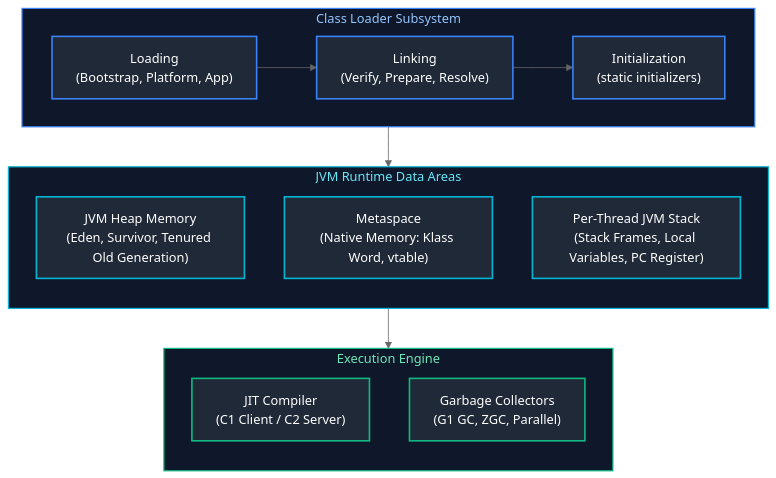
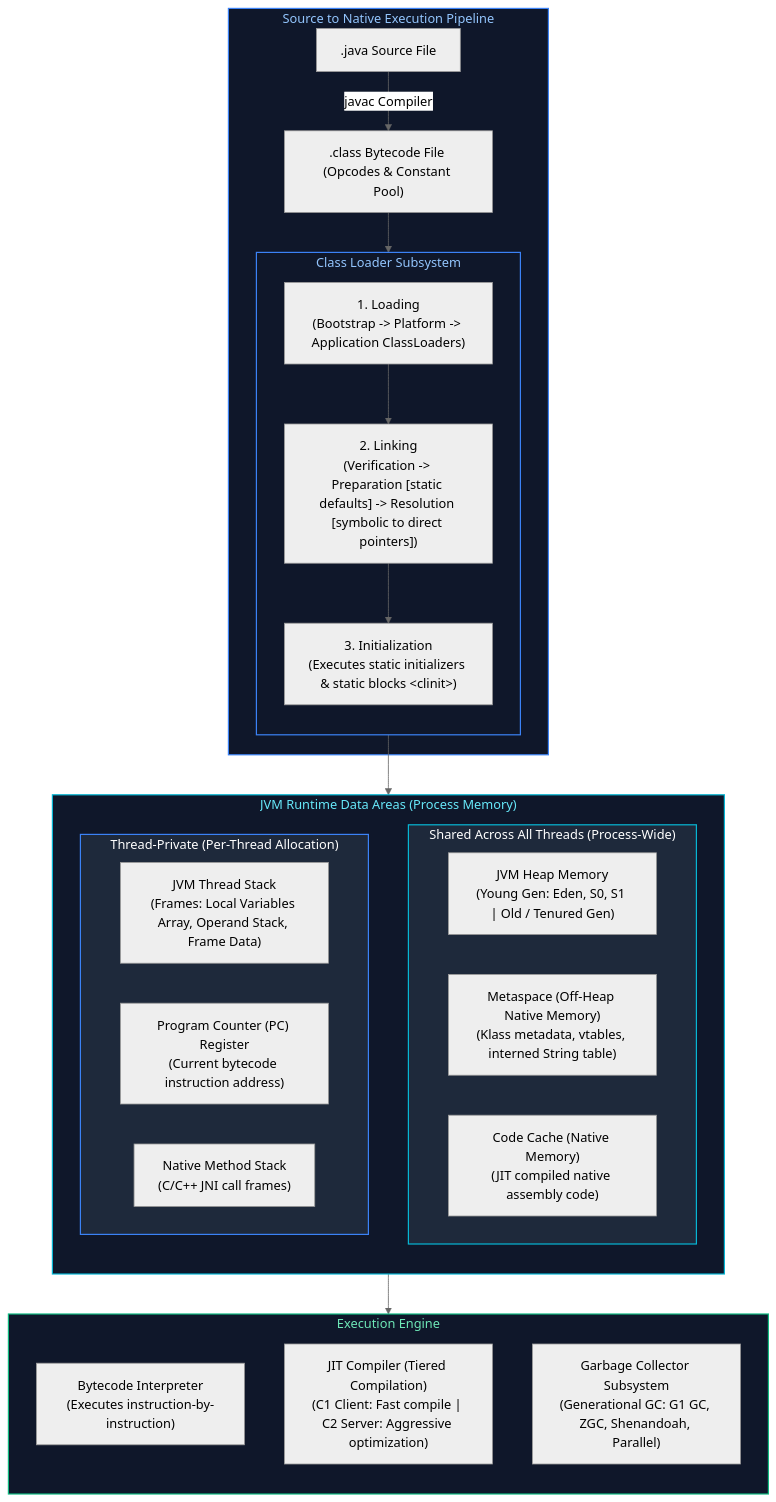
The first of 11 diagrams in Java Backend Engineering/05_jvm_memory_io_reflection_runtime.md (joydeep-biswas/Interview-Preparation), drawn with Mermaid (neutral theme) before and after one commit. The commit also changed other lines of this file and 143 other files, not shown here.

````diff
--- a/Java Backend Engineering/05_jvm_memory_io_reflection_runtime.md
+++ b/Java Backend Engineering/05_jvm_memory_io_reflection_runtime.md
@@ -9,35 +9,46 @@
 ```mermaid
 flowchart TD
-    subgraph ClassLoader ["Class Loader Subsystem"]
-        direction LR
-        Load["Loading<br/>(Bootstrap, Platform, App)"] --> Link["Linking<br/>(Verify, Prepare, Resolve)"] --> Init["Initialization<br/>(static initializers)"]
+    subgraph SourceToNative ["Source to Native Execution Pipeline"]
+        Source[".java Source File"] -->|javac Compiler| Bytecode[".class Bytecode File (Opcodes & Constant Pool)"]
+        Bytecode --> ClassLoaderSubsystem
     end
 
-    subgraph RuntimeDataAreas ["JVM Runtime Data Areas"]
-        direction TD
-        Heap["JVM Heap Memory<br/>(Eden, Survivor, Tenured Old Generation)"]
-        Metaspace["Metaspace<br/>(Native Memory: Klass Word, vtable)"]
-        Stack["Per-Thread JVM Stack<br/>(Stack Frames, Local Variables, PC Register)"]
+    subgraph ClassLoaderSubsystem ["Class Loader Subsystem"]
+        direction TB
+        Loading["1. Loading<br/>(Bootstrap -> Platform -> Application ClassLoaders)"]
+        --> Linking["2. Linking<br/>(Verification -> Preparation [static defaults] -> Resolution [symbolic to direct pointers])"]
+        --> Initialization["3. Initialization<br/>(Executes static initializers & static blocks &lt;clinit&gt;)"]
+    end
+
+    subgraph RuntimeDataAreas ["JVM Runtime Data Areas (Process Memory)"]
+        direction TB
+        subgraph SharedMemory ["Shared Across All Threads (Process-Wide)"]
+            Heap["JVM Heap Memory<br/>(Young Gen: Eden, S0, S1 | Old / Tenured Gen)"]
+            Metaspace["Metaspace (Off-Heap Native Memory)<br/>(Klass metadata, vtables, interned String table)"]
+            CodeCache["Code Cache (Native Memory)<br/>(JIT compiled native assembly code)"]
+        end
+
+        subgraph ThreadPrivate ["Thread-Private (Per-Thread Allocation)"]
+            Stack["JVM Thread Stack<br/>(Frames: Local Variables Array, Operand Stack, Frame Data)"]
+            PC["Program Counter (PC) Register<br/>(Current bytecode instruction address)"]
+            NativeStack["Native Method Stack<br/>(C/C++ JNI call frames)"]
+        end
     end
 
     subgraph ExecutionEngine ["Execution Engine"]
-        direction TD
-        JIT["JIT Compiler<br/>(C1 Client / C2 Server)"]
-        GC["Garbage Collectors<br/>(G1 GC, ZGC, Parallel)"]
+        direction TB
+        Interpreter["Bytecode Interpreter<br/>(Executes instruction-by-instruction)"]
+        JIT["JIT Compiler (Tiered Compilation)<br/>(C1 Client: Fast compile | C2 Server: Aggressive optimization)"]
+        GC["Garbage Collector Subsystem<br/>(Generational GC: G1 GC, ZGC, Shenandoah, Parallel)"]
     end
 
-    ClassLoader --> RuntimeDataAreas
+    ClassLoaderSubsystem --> RuntimeDataAreas
     RuntimeDataAreas --> ExecutionEngine
 
-    style ClassLoader fill:#0f172a,stroke:#3b82f6,stroke-width:1.5px,color:#93c5fd
+    style SourceToNative fill:#0f172a,stroke:#3b82f6,stroke-width:1.5px,color:#93c5fd
+    style ClassLoaderSubsystem fill:#0f172a,stroke:#3b82f6,stroke-width:1.5px,color:#93c5fd
     style RuntimeDataAreas fill:#0f172a,stroke:#06b6d4,stroke-width:1.5px,color:#67e8f9
     style ExecutionEngine fill:#0f172a,stroke:#10b981,stroke-width:1.5px,color:#6ee7b7
-    style Load fill:#1f2937,stroke:#3b82f6,stroke-width:2px,color:#fff
-    style Link fill:#1f2937,stroke:#3b82f6,stroke-width:2px,color:#fff
-    style Init fill:#1f2937,stroke:#3b82f6,stroke-width:2px,color:#fff
-    style Heap fill:#1f2937,stroke:#06b6d4,stroke-width:2px,color:#fff
-    style Metaspace fill:#1f2937,stroke:#06b6d4,stroke-width:2px,color:#fff
-    style Stack fill:#1f2937,stroke:#06b6d4,stroke-width:2px,color:#fff
-    style JIT fill:#1f2937,stroke:#10b981,stroke-width:2px,color:#fff
-    style GC fill:#1f2937,stroke:#10b981,stroke-width:2px,color:#fff
+    style SharedMemory fill:#1e293b,stroke:#06b6d4,stroke-width:1.5px,color:#fff
+    style ThreadPrivate fill:#1e293b,stroke:#3b82f6,stroke-width:1.5px,color:#fff
 ```
````
